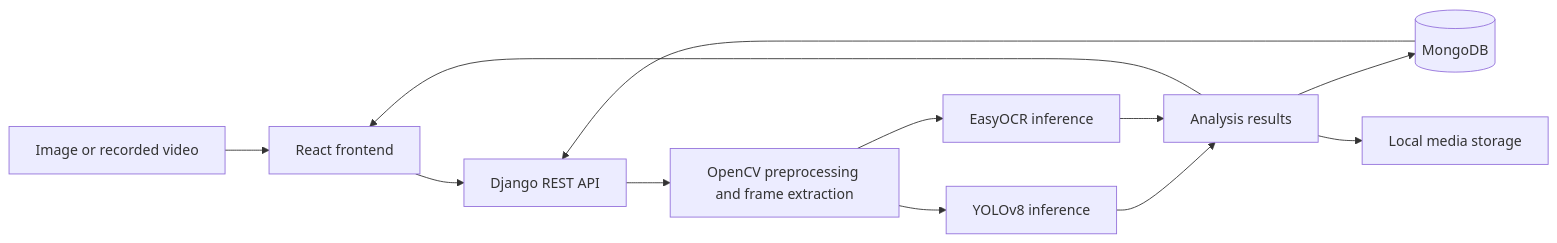
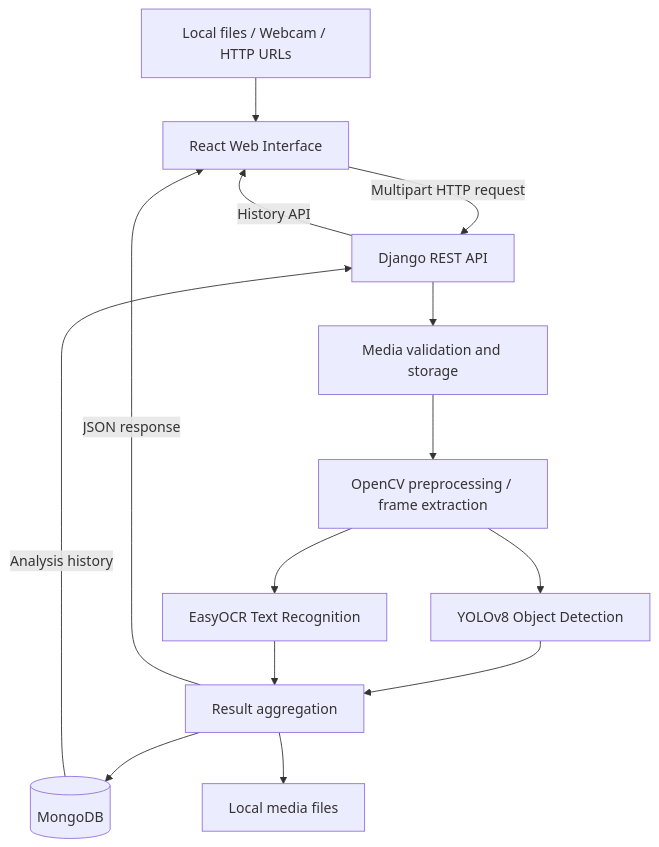
One commit to medaminesalhi/RetailLens-AI changed the diagram in README.md. Above: the diagram before and after it, drawn with Mermaid. The commit also changed other lines of this file, not shown here.

````diff
--- a/README.md
+++ b/README.md
@@ -19,14 +57,16 @@
 ```mermaid
-flowchart LR
-    A[Image or recorded video] --> B[React frontend]
-    B --> C[Django REST API]
-    C --> D[OpenCV preprocessing and frame extraction]
-    D --> E[YOLOv8 inference]
-    D --> F[EasyOCR inference]
-    E --> G[Analysis results]
-    F --> G
-    G --> H[(MongoDB)]
-    G --> I[Local media storage]
-    G --> B
-    H --> C
+flowchart TD
+    A[Local files / Webcam / HTTP URLs] --> B[React Web Interface]
+    B -->|Multipart HTTP request| C[Django REST API]
+    C --> D[Media validation and storage]
+    D --> E[OpenCV preprocessing / frame extraction]
+    E --> F[YOLOv8 Object Detection]
+    E --> G[EasyOCR Text Recognition]
+    F --> H[Result aggregation]
+    G --> H
+    H --> I[(MongoDB)]
+    H --> J[Local media files]
+    H -->|JSON response| B
+    I -->|Analysis history| C
+    C -->|History API| B
 ```
````
